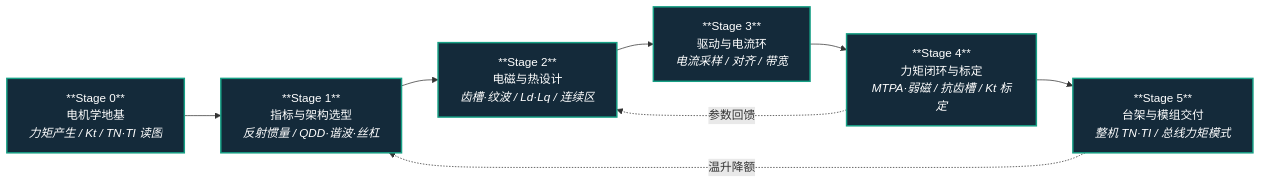
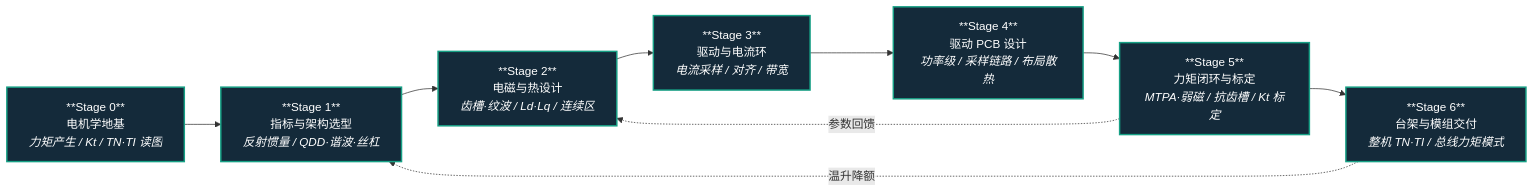
Before and after one commit to ImChong/Robotics_Notebooks: the diagram in roadmap/depth-torque-motor-design.md, drawn with Mermaid. The commit also changed other lines of this file and 11 other files, not shown here.

First line of the commit message:
docs(roadmap): 力矩电机设计纵深新增 Stage 4 电机驱动 PCB 设计，Stage 0–5 扩为 Stage 0–6

````diff
--- a/roadmap/depth-torque-motor-design.md
+++ b/roadmap/depth-torque-motor-design.md
@@ -7,16 +7,17 @@
 ```mermaid
 flowchart LR
   S0["**Stage 0**<br/>电机学地基<br/><em>力矩产生 / Kt / TN·TI 读图</em>"]
   S1["**Stage 1**<br/>指标与架构选型<br/><em>反射惯量 / QDD·谐波·丝杠</em>"]
   S2["**Stage 2**<br/>电磁与热设计<br/><em>齿槽·纹波 / Ld·Lq / 连续区</em>"]
   S3["**Stage 3**<br/>驱动与电流环<br/><em>电流采样 / 对齐 / 带宽</em>"]
-  S4["**Stage 4**<br/>力矩闭环与标定<br/><em>MTPA·弱磁 / 抗齿槽 / Kt 标定</em>"]
-  S5["**Stage 5**<br/>台架与模组交付<br/><em>整机 TN·TI / 总线力矩模式</em>"]
+  S4["**Stage 4**<br/>驱动 PCB 设计<br/><em>功率级 / 采样链路 / 布局散热</em>"]
+  S5["**Stage 5**<br/>力矩闭环与标定<br/><em>MTPA·弱磁 / 抗齿槽 / Kt 标定</em>"]
+  S6["**Stage 6**<br/>台架与模组交付<br/><em>整机 TN·TI / 总线力矩模式</em>"]
 
-  S0 --> S1 --> S2 --> S3 --> S4 --> S5
-  S4 -.->|参数回馈| S2
-  S5 -.->|温升降额| S1
+  S0 --> S1 --> S2 --> S3 --> S4 --> S5 --> S6
+  S5 -.->|参数回馈| S2
+  S6 -.->|温升降额| S1
 
   classDef stage fill:#142a3a,stroke:#16a085,stroke-width:2px,color:#fff
-  class S0,S1,S2,S3,S4,S5 stage
+  class S0,S1,S2,S3,S4,S5,S6 stage
 ```
````
